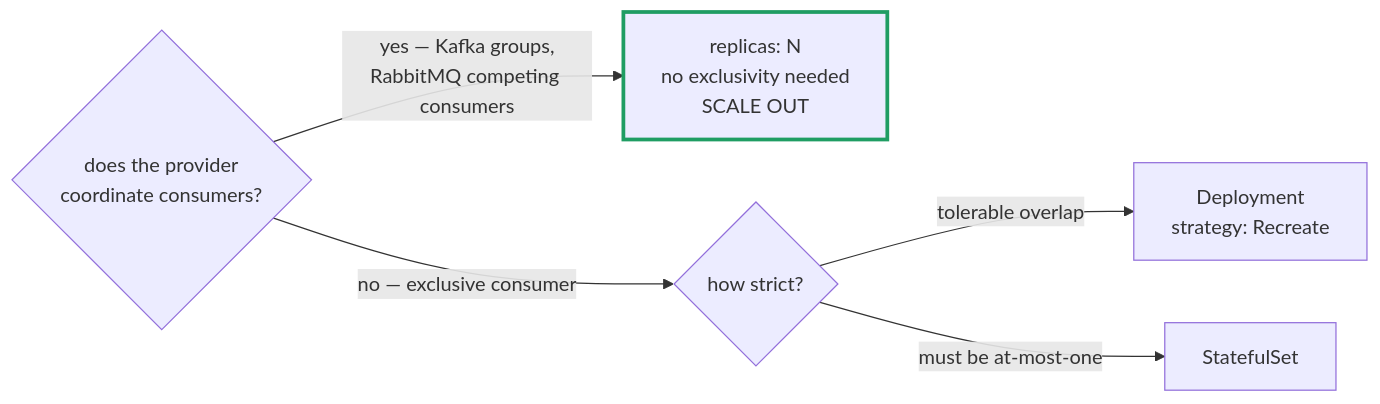
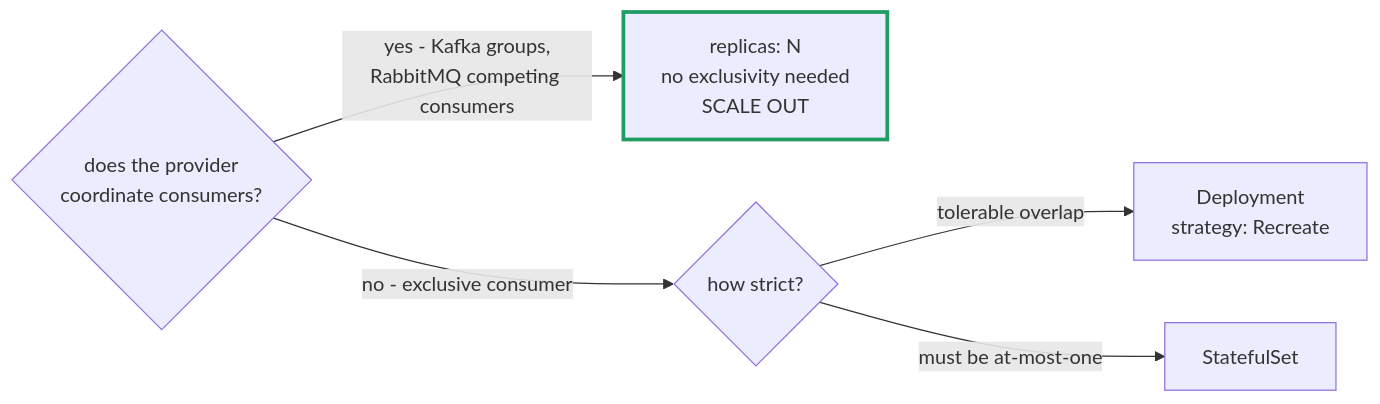
Diagram 25 of 34 in docs/design/resident-adapters-design.md (simplify9/Bitween-api), drawn with Mermaid before and after one commit. The commit also changed other lines of this file and 768 other files, not shown here.

````diff
--- a/docs/design/resident-adapters-design.md
+++ b/docs/design/resident-adapters-design.md
@@ -1245,9 +1245,9 @@
 ```mermaid
 flowchart LR
     Q{"does the provider<br/>coordinate consumers?"}
-    Q -->|"yes — Kafka groups,<br/>RabbitMQ competing consumers"| A["replicas: N<br/>no exclusivity needed<br/>SCALE OUT"]
-    Q -->|"no — exclusive consumer"| B{"how strict?"}
+    Q -->|"yes - Kafka groups,<br/>RabbitMQ competing consumers"| A["replicas: N<br/>no exclusivity needed<br/>SCALE OUT"]
+    Q -->|"no - exclusive consumer"| B{"how strict?"}
     B -->|"tolerable overlap"| C["Deployment<br/>strategy: Recreate"]
     B -->|"must be at-most-one"| D["StatefulSet"]
     style A stroke:#1f9d63,stroke-width:3px
 ```
````
